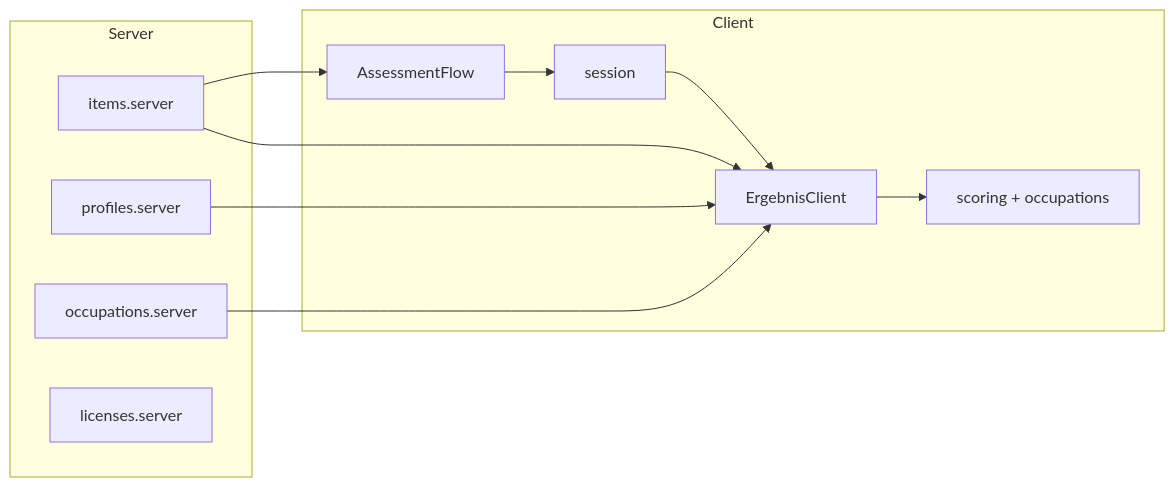
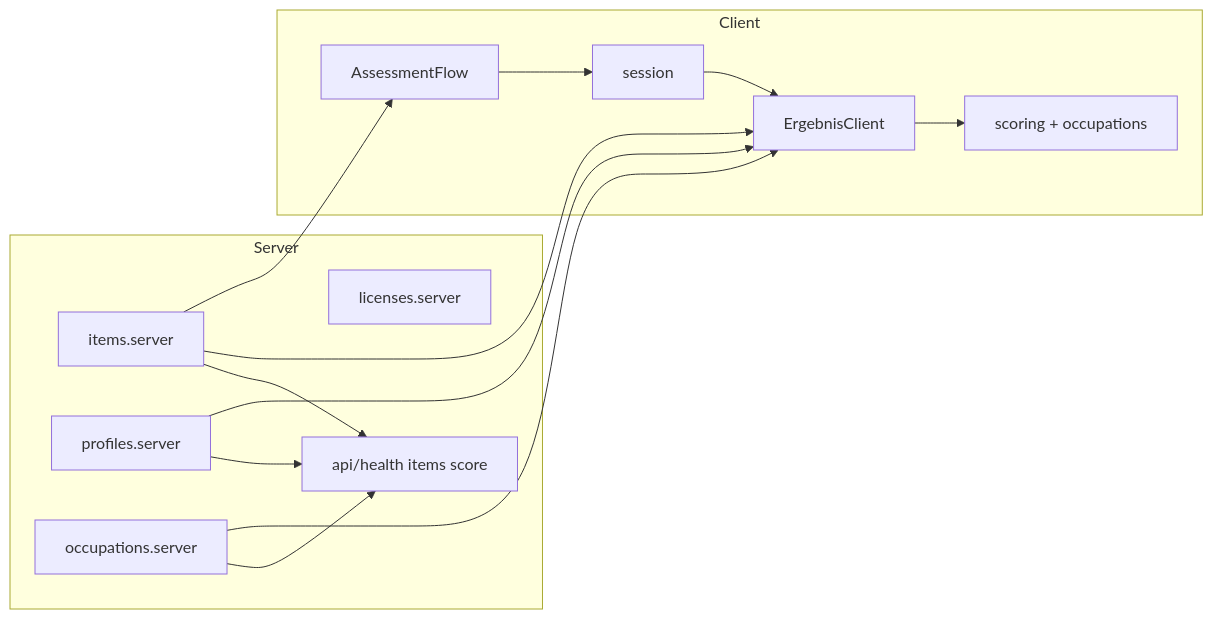
Before and after one commit to zoooul/riasec: the diagram in web/src/lib/README.md, drawn with Mermaid. The commit also changed other lines of this file and 15 other files, not shown here.

````diff
--- a/web/src/lib/README.md
+++ b/web/src/lib/README.md
@@ -29,22 +46,26 @@
 ```mermaid
 flowchart LR
   subgraph server [Server]
     Items[items.server]
     Profiles[profiles.server]
     OccSeed[occupations.server]
     Lic[licenses.server]
+    API[api/health items score]
   end
   subgraph client [Client]
     Flow[AssessmentFlow]
     Session[session]
     Ergebnis[ErgebnisClient]
     Score[scoring + occupations]
   end
   Items --> Flow
   Items --> Ergebnis
+  Items --> API
   Profiles --> Ergebnis
+  Profiles --> API
   OccSeed --> Ergebnis
+  OccSeed --> API
   Flow --> Session
   Session --> Ergebnis
   Ergebnis --> Score
 ```
````
